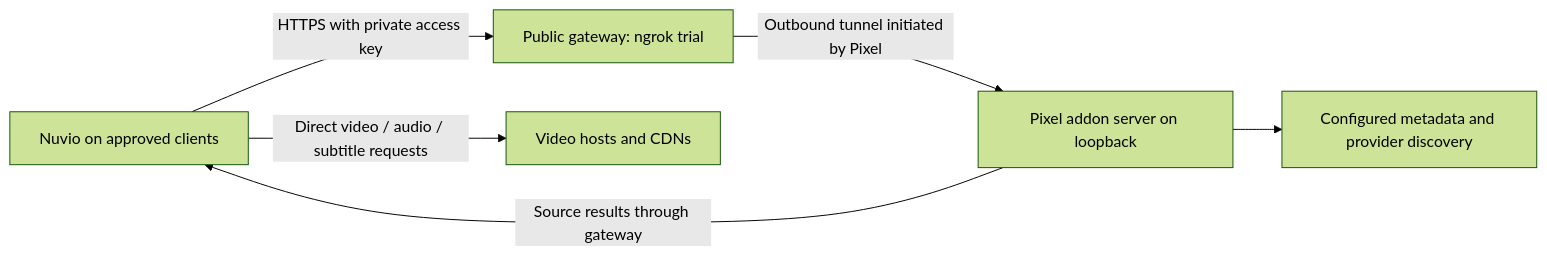
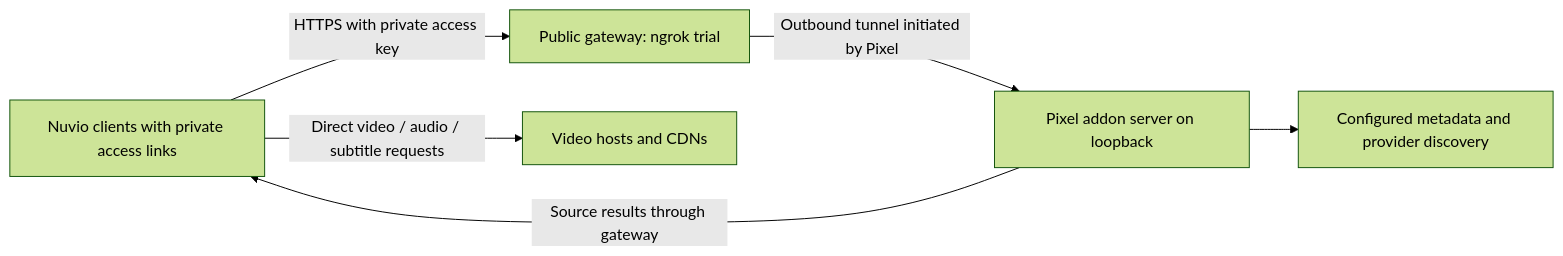
One commit to jeanmailpoubelle-rgb/Nuvio_movix changed the diagram in docs/plans/pixel-remote-addon-host.md. Above: the diagram before and after it, drawn with Mermaid (forest theme). The commit also changed other lines of this file and 3 other files, not shown here.

Commit message:
Confirm private-link access model and plan per-profile metadata compatibility

````diff
--- a/docs/plans/pixel-remote-addon-host.md
+++ b/docs/plans/pixel-remote-addon-host.md
@@ -52,8 +57,8 @@
 ```mermaid
 flowchart LR
-    N[Nuvio on approved clients] -->|HTTPS with private access key| G[Public gateway: ngrok trial]
+    N[Nuvio clients with private access links] -->|HTTPS with private access key| G[Public gateway: ngrok trial]
     G -->|Outbound tunnel initiated by Pixel| H[Pixel addon server on loopback]
     H --> M[Configured metadata and provider discovery]
     H -->|Source results through gateway| N
     N -->|Direct video / audio / subtitle requests| V[Video hosts and CDNs]
 ```
````
